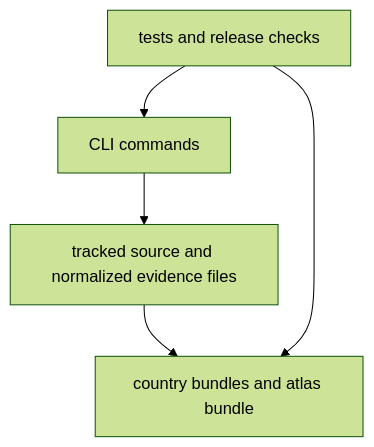
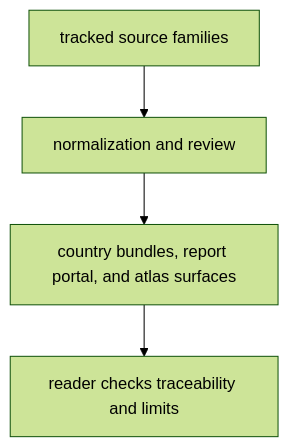
The diagram in docs/01-bijux-pollenomics/index.md (bijux/bijux-pollenomics), drawn with Mermaid (forest theme) before and after one commit. The commit also changed other lines of this file and 8 other files, not shown here.

````diff
--- a/docs/01-bijux-pollenomics/index.md
+++ b/docs/01-bijux-pollenomics/index.md
@@ -30,12 +42,11 @@
 ```mermaid
 flowchart TB
-    commands["CLI commands"]
-    tracked["tracked source and normalized evidence files"]
-    bundles["country bundles and atlas bundle"]
-    review["tests and release checks"]
+    sources["tracked source families"]
+    normalization["normalization and review"]
+    outputs["country bundles, report portal, and atlas surfaces"]
+    readers["reader checks traceability and limits"]
 
-    commands --> tracked
-    tracked --> bundles
-    review --> commands
-    review --> bundles
+    sources --> normalization
+    normalization --> outputs
+    outputs --> readers
 ```
````
